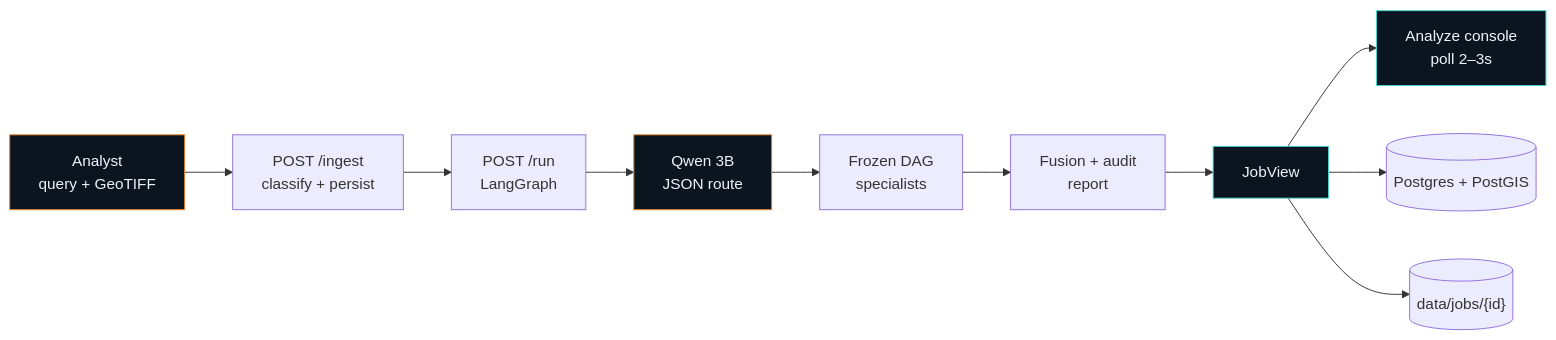
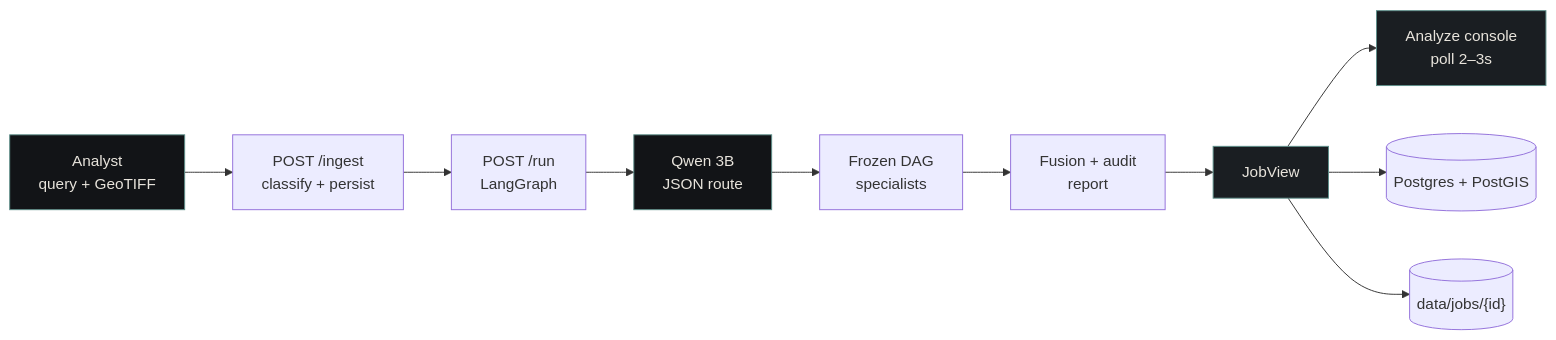
Before and after one commit to amulyagavankar20-glitch/SatQuery: the first of 4 diagrams in README.md, drawn with Mermaid. The commit also changed other lines of this file and 76 other files, not shown here.

````diff
--- a/README.md
+++ b/README.md
@@ -103,17 +103,17 @@
 ```mermaid
 flowchart LR
   U["Analyst<br/>query + GeoTIFF"] --> I["POST /ingest<br/>classify + persist"]
   I --> R["POST /run<br/>LangGraph"]
   R --> Q["Qwen 3B<br/>JSON route"]
   Q --> G["Frozen DAG<br/>specialists"]
   G --> F["Fusion + audit<br/>report"]
   F --> J["JobView"]
   J --> UI["Analyze console<br/>poll 2–3s"]
   J --> PG[("Postgres + PostGIS")]
   J --> D[("data/jobs/{id}")]
 
-  style U fill:#0a1520,stroke:#f0842a,color:#eef4fb
-  style Q fill:#0a1520,stroke:#f0842a,color:#eef4fb
-  style J fill:#0a1520,stroke:#4ad4d4,color:#eef4fb
-  style UI fill:#0a1520,stroke:#4ad4d4,color:#eef4fb
+  style U fill:#121417,stroke:#5e8f8a,color:#e8e4dc
+  style Q fill:#121417,stroke:#5e8f8a,color:#e8e4dc
+  style J fill:#1a1e22,stroke:#5e8f8a,color:#e8e4dc
+  style UI fill:#1a1e22,stroke:#5e8f8a,color:#e8e4dc
 ```
````
